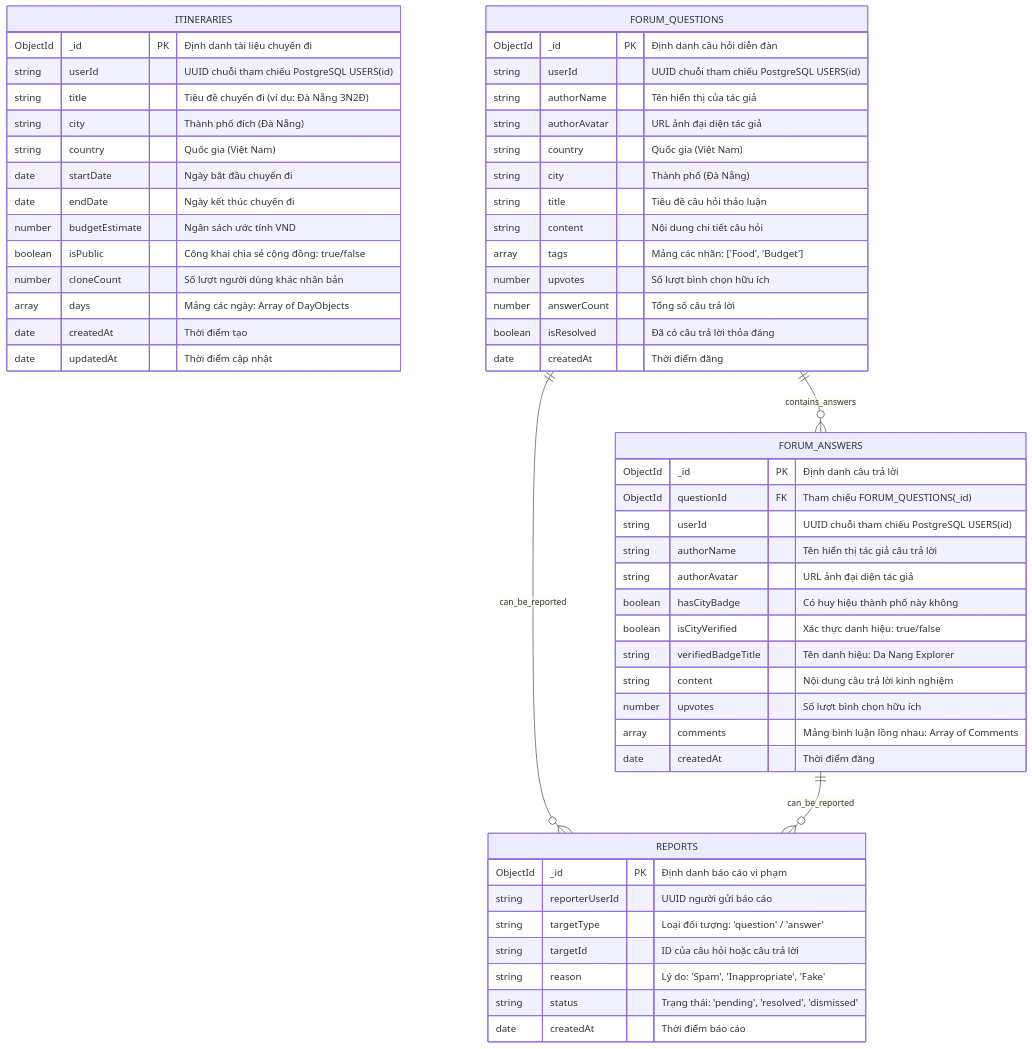
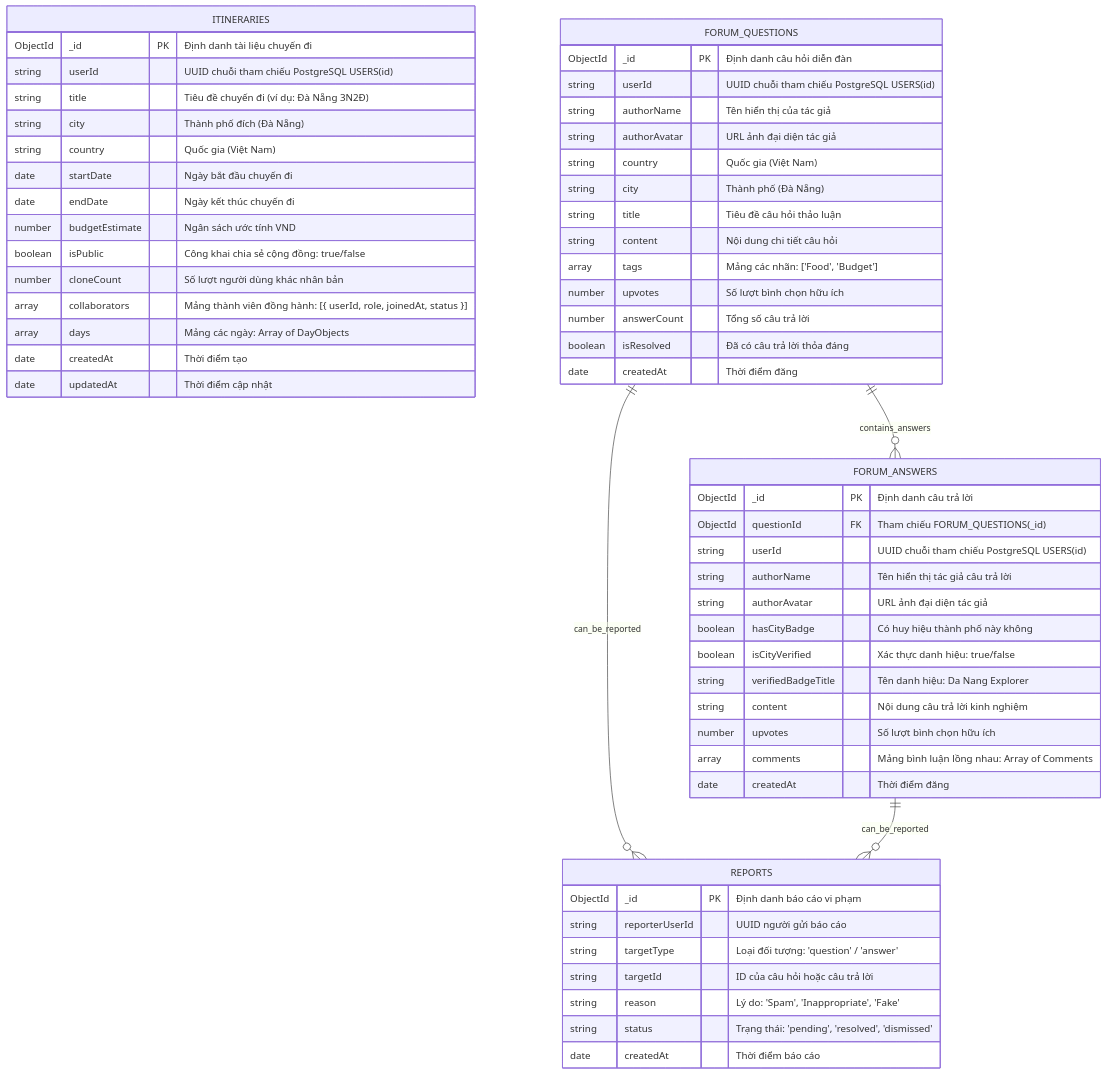
The second of 3 diagrams in documentation/06-database-analysis/01-preliminary-erd.md (DucNgVan/Nomadix_TravelApplication_FYP_UniversityOfGreenwich_NguyenVanDuc), drawn with Mermaid before and after one commit. The commit also changed other lines of this file and 159 other files, not shown here.

First line of the commit message:
feat(core): implement modules 1-4 with strict TDD, polyglot architecture, and complete documentation

````diff
--- a/documentation/06-database-analysis/01-preliminary-erd.md
+++ b/documentation/06-database-analysis/01-preliminary-erd.md
@@ -130,64 +179,65 @@
 ```mermaid
 erDiagram
     ITINERARIES {
         ObjectId _id PK "Định danh tài liệu chuyến đi"
         string userId "UUID chuỗi tham chiếu PostgreSQL USERS(id)"
         string title "Tiêu đề chuyến đi (ví dụ: Đà Nẵng 3N2Đ)"
         string city "Thành phố đích (Đà Nẵng)"
         string country "Quốc gia (Việt Nam)"
         date startDate "Ngày bắt đầu chuyến đi"
         date endDate "Ngày kết thúc chuyến đi"
         number budgetEstimate "Ngân sách ước tính VND"
         boolean isPublic "Công khai chia sẻ cộng đồng: true/false"
         number cloneCount "Số lượt người dùng khác nhân bản"
+        array collaborators "Mảng thành viên đồng hành: [{ userId, role, joinedAt, status }]"
         array days "Mảng các ngày: Array of DayObjects"
         date createdAt "Thời điểm tạo"
         date updatedAt "Thời điểm cập nhật"
     }
 
     FORUM_QUESTIONS {
         ObjectId _id PK "Định danh câu hỏi diễn đàn"
         string userId "UUID chuỗi tham chiếu PostgreSQL USERS(id)"
         string authorName "Tên hiển thị của tác giả"
         string authorAvatar "URL ảnh đại diện tác giả"
         string country "Quốc gia (Việt Nam)"
         string city "Thành phố (Đà Nẵng)"
         string title "Tiêu đề câu hỏi thảo luận"
         string content "Nội dung chi tiết câu hỏi"
         array tags "Mảng các nhãn: ['Food', 'Budget']"
         number upvotes "Số lượt bình chọn hữu ích"
         number answerCount "Tổng số câu trả lời"
         boolean isResolved "Đã có câu trả lời thỏa đáng"
         date createdAt "Thời điểm đăng"
     }
 
     FORUM_ANSWERS {
         ObjectId _id PK "Định danh câu trả lời"
         ObjectId questionId FK "Tham chiếu FORUM_QUESTIONS(_id)"
         string userId "UUID chuỗi tham chiếu PostgreSQL USERS(id)"
         string authorName "Tên hiển thị tác giả câu trả lời"
         string authorAvatar "URL ảnh đại diện tác giả"
         boolean hasCityBadge "Có huy hiệu thành phố này không"
         boolean isCityVerified "Xác thực danh hiệu: true/false"
         string verifiedBadgeTitle "Tên danh hiệu: Da Nang Explorer"
         string content "Nội dung câu trả lời kinh nghiệm"
         number upvotes "Số lượt bình chọn hữu ích"
         array comments "Mảng bình luận lồng nhau: Array of Comments"
         date createdAt "Thời điểm đăng"
     }
 
     REPORTS {
         ObjectId _id PK "Định danh báo cáo vi phạm"
         string reporterUserId "UUID người gửi báo cáo"
         string targetType "Loại đối tượng: 'question' / 'answer'"
         string targetId "ID của câu hỏi hoặc câu trả lời"
         string reason "Lý do: 'Spam', 'Inappropriate', 'Fake'"
         string status "Trạng thái: 'pending', 'resolved', 'dismissed'"
         date createdAt "Thời điểm báo cáo"
     }
 
     %% QUAN HỆ MONGODB
     FORUM_QUESTIONS ||--o{ FORUM_ANSWERS : "contains_answers"
     FORUM_QUESTIONS ||--o{ REPORTS : "can_be_reported"
     FORUM_ANSWERS ||--o{ REPORTS : "can_be_reported"
 ```
````
